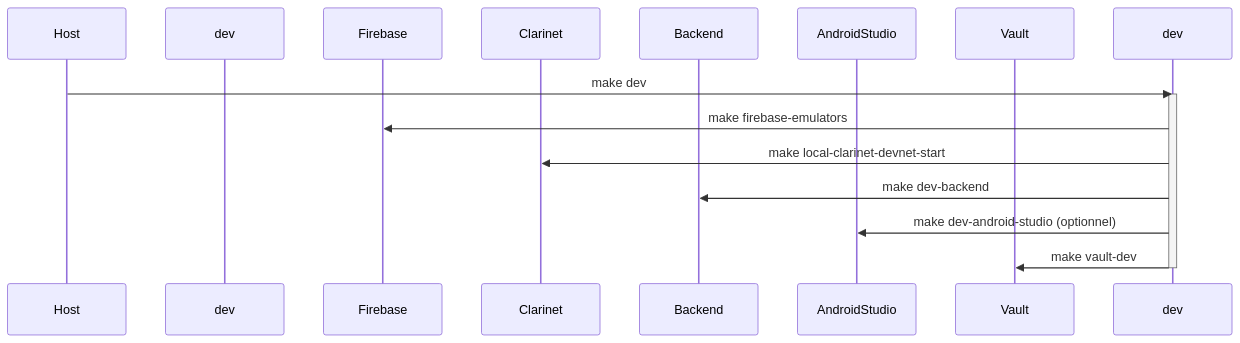
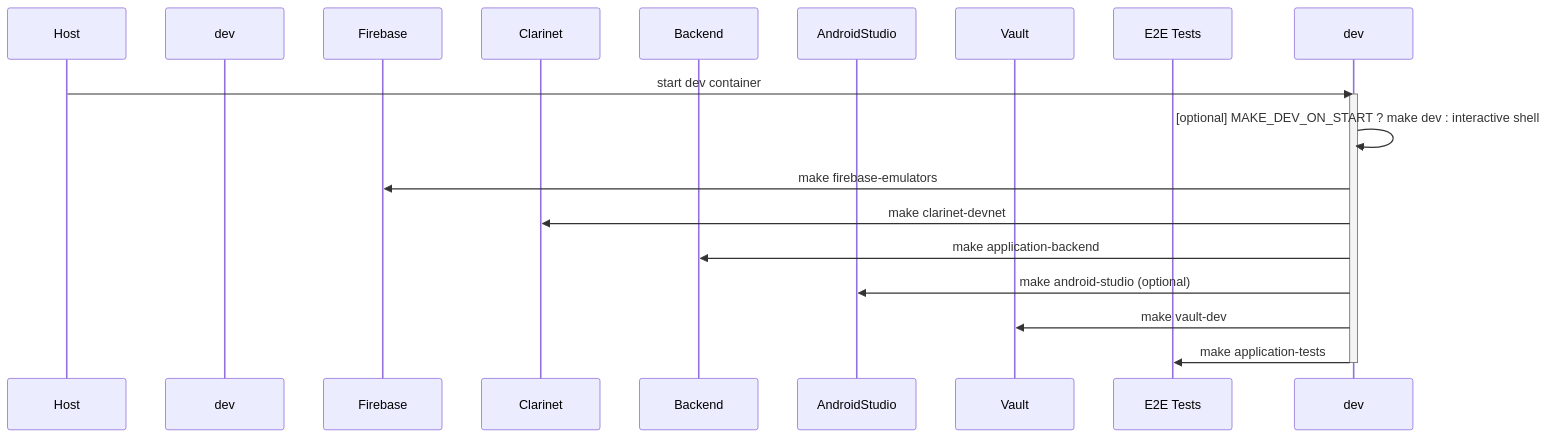
One commit to vegito-app/local changed the second of 2 diagrams in README.md. Above: the diagram before and after it, drawn with Mermaid. The commit also changed other lines of this file and 2 other files, not shown here.

First line of the commit message:
docs(readme): refactor startup sequence and architecture information

````diff
--- a/README.md
+++ b/README.md
@@ -71,19 +77,22 @@
 ```mermaid
 sequenceDiagram
   participant Host
   participant DevContainer as dev
   participant Firebase
   participant Clarinet
   participant Backend
   participant AndroidStudio
   participant Vault
+  participant E2E Tests
 
-  Host->>dev: make dev
+  Host->>dev: start dev container
   activate dev
+  dev->>dev: [optional] MAKE_DEV_ON_START ? make dev : interactive shell
   dev->>Firebase: make firebase-emulators
-  dev->>Clarinet: make local-clarinet-devnet-start
-  dev->>Backend: make dev-backend
-  dev->>AndroidStudio: make dev-android-studio (optionnel)
+  dev->>Clarinet: make clarinet-devnet
+  dev->>Backend: make application-backend
+  dev->>AndroidStudio: make android-studio (optional)
   dev->>Vault: make vault-dev
+  dev->>E2E Tests: make application-tests
   deactivate dev
 ```
````
